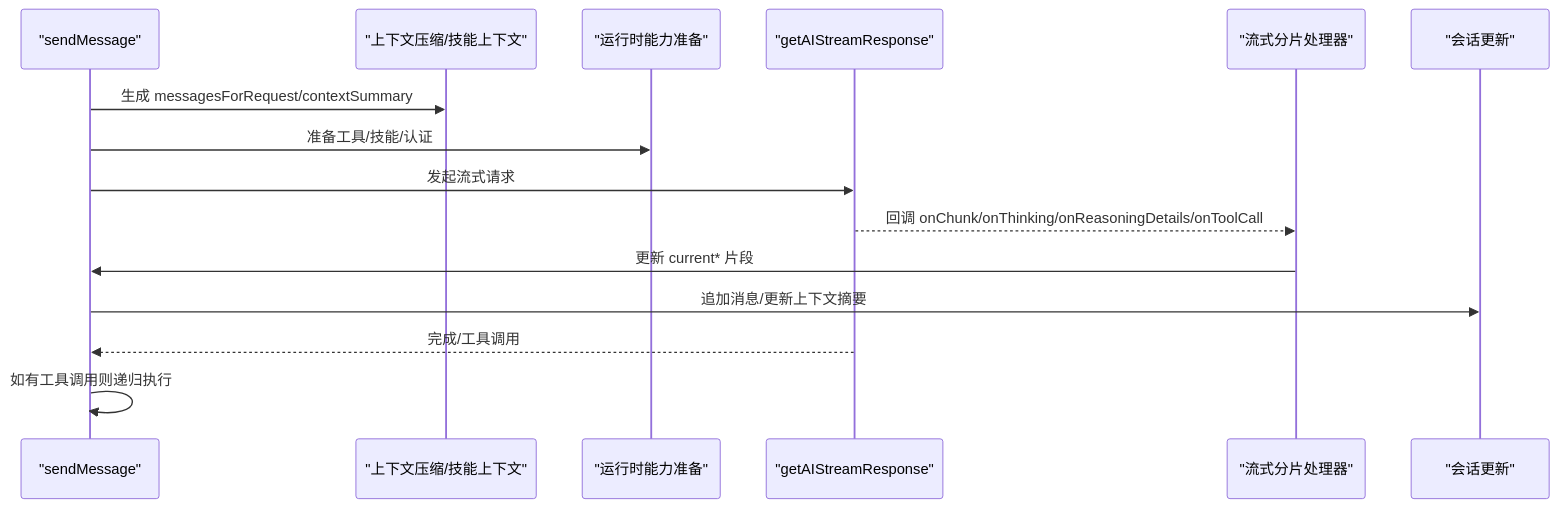
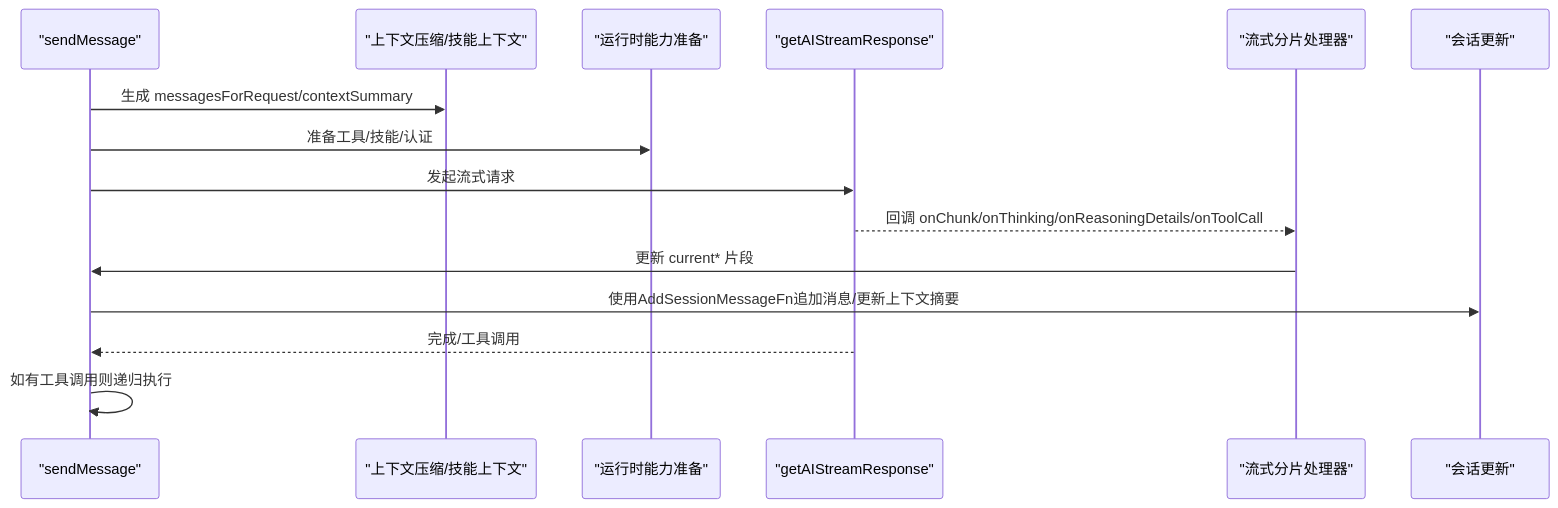
The fourth of 6 diagrams in .qoder/repowiki/zh/content/核心模块/AI助手系统/对话管理.md (xixixiaoyu/Todo), drawn with Mermaid before and after one commit. The commit also changed other lines of this file and 4 other files, not shown here.

````diff
--- a/.qoder/repowiki/zh/content/核心模块/AI助手系统/对话管理.md
+++ b/.qoder/repowiki/zh/content/核心模块/AI助手系统/对话管理.md
@@ -211,17 +232,17 @@
 ```mermaid
 sequenceDiagram
 participant A as "sendMessage"
 participant Ctx as "上下文压缩/技能上下文"
 participant RT as "运行时能力准备"
 participant S as "getAIStreamResponse"
 participant H as "流式分片处理器"
 participant M as "会话更新"
 A->>Ctx : 生成 messagesForRequest/contextSummary
 A->>RT : 准备工具/技能/认证
 A->>S : 发起流式请求
 S-->>H : 回调 onChunk/onThinking/onReasoningDetails/onToolCall
 H->>A : 更新 current* 片段
-A->>M : 追加消息/更新上下文摘要
+A->>M : 使用AddSessionMessageFn追加消息/更新上下文摘要
 S-->>A : 完成/工具调用
 A->>A : 如有工具调用则递归执行
 ```
````
